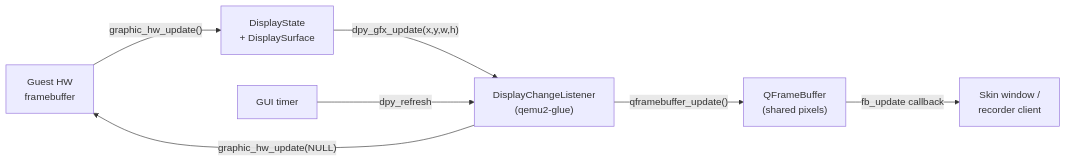
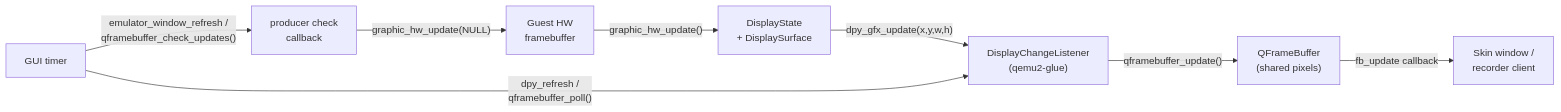
The first of 8 diagrams in 17-display.md (aospbooks/android-emulator-internal-book), drawn with Mermaid before and after one commit. The commit also changed other lines of this file and 31 other files, not shown here.

````diff
--- a/17-display.md
+++ b/17-display.md
@@ -36,9 +36,10 @@
 ```mermaid
 flowchart LR
     HW["Guest HW<br/>framebuffer"] -->|"graphic_hw_update()"| DS["DisplayState<br/>+ DisplaySurface"]
     DS -->|"dpy_gfx_update(x,y,w,h)"| DCL["DisplayChangeListener<br/>(qemu2-glue)"]
     DCL -->|"qframebuffer_update()"| QFB["QFrameBuffer<br/>(shared pixels)"]
     QFB -->|"fb_update callback"| UI["Skin window /<br/>recorder client"]
-    GUI["GUI timer"] -->|"dpy_refresh"| DCL
-    DCL -->|"graphic_hw_update(NULL)"| HW
+    GUI["GUI timer"] -->|"dpy_refresh /<br/>qframebuffer_poll()"| DCL
+    GUI -->|"emulator_window_refresh /<br/>qframebuffer_check_updates()"| PC["producer check<br/>callback"]
+    PC -->|"graphic_hw_update(NULL)"| HW
 ```
````
